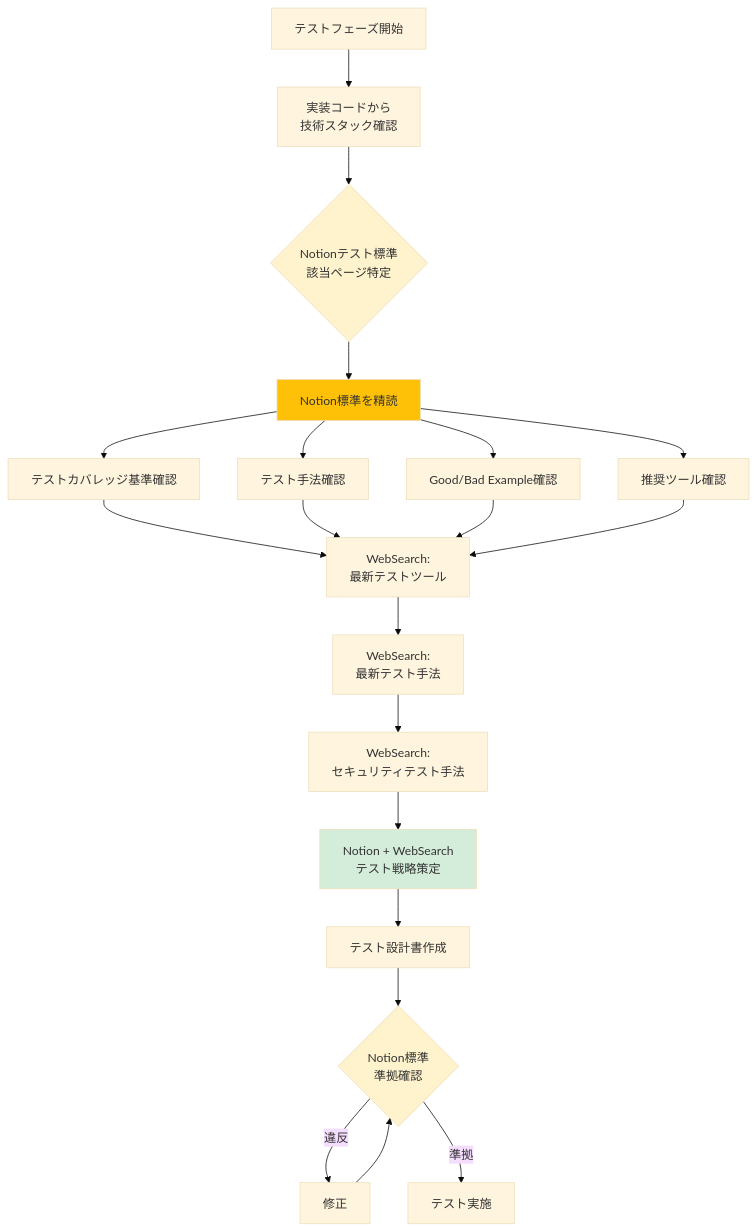
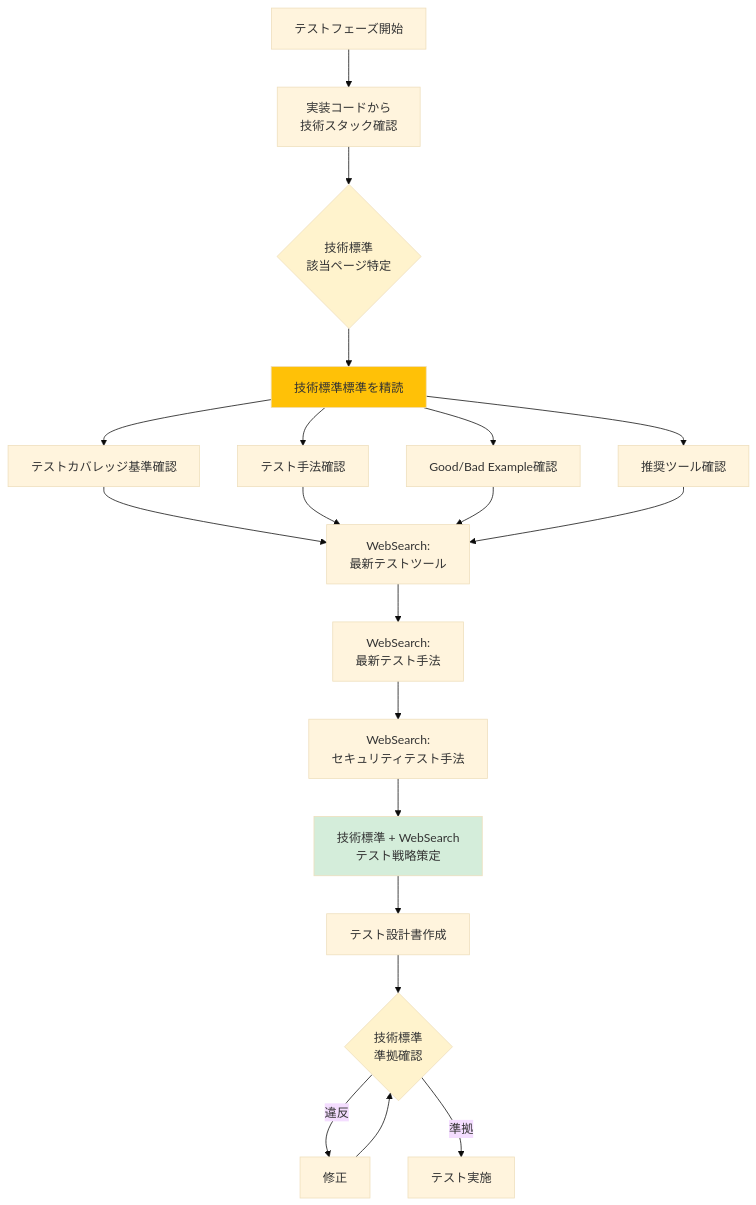
The diagram in .claude/docs/10_facilitation/2.5_テストフェーズ/2.5.0_事前調査.md (k-tanaka-522/aidev), drawn with Mermaid (base theme) before and after one commit. The commit also changed other lines of this file and 21 other files, not shown here.

````diff
--- a/.claude/docs/10_facilitation/2.5_テストフェーズ/2.5.0_事前調査.md
+++ b/.claude/docs/10_facilitation/2.5_テストフェーズ/2.5.0_事前調査.md
@@ -65,33 +65,33 @@
 ```mermaid
 flowchart TB
     A[テストフェーズ開始] --> B[実装コードから<br/>技術スタック確認]
-    B --> C{Notionテスト標準<br/>該当ページ特定}
+    B --> C{技術標準<br/>該当ページ特定}
 
-    C --> D[Notion標準を精読]
+    C --> D[技術標準標準を精読]
     D --> E[テストカバレッジ基準確認]
     D --> F[テスト手法確認]
     D --> G[Good/Bad Example確認]
     D --> H[推奨ツール確認]
 
     E --> I[WebSearch:<br/>最新テストツール]
     F --> I
     G --> I
     H --> I
 
     I --> J[WebSearch:<br/>最新テスト手法]
     J --> K[WebSearch:<br/>セキュリティテスト手法]
-    K --> L[Notion + WebSearch<br/>テスト戦略策定]
+    K --> L[技術標準 + WebSearch<br/>テスト戦略策定]
 
     L --> M[テスト設計書作成]
-    M --> N{Notion標準<br/>準拠確認}
+    M --> N{技術標準<br/>準拠確認}
 
     N -->|違反| O[修正]
     O --> N
 
     N -->|準拠| P[テスト実施]
 
     style C fill:#fff3cd
     style D fill:#ffc107
     style L fill:#d4edda
     style N fill:#fff3cd
 ```
````
